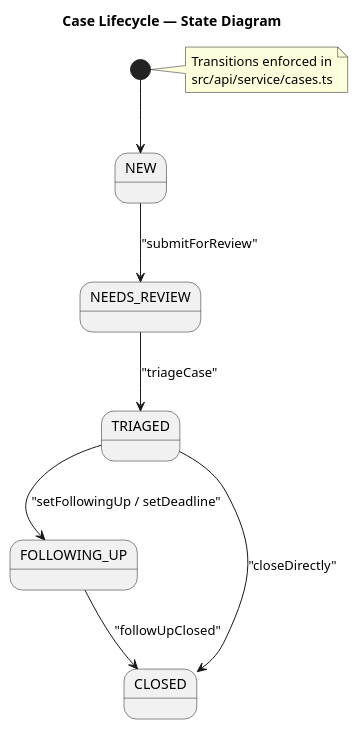
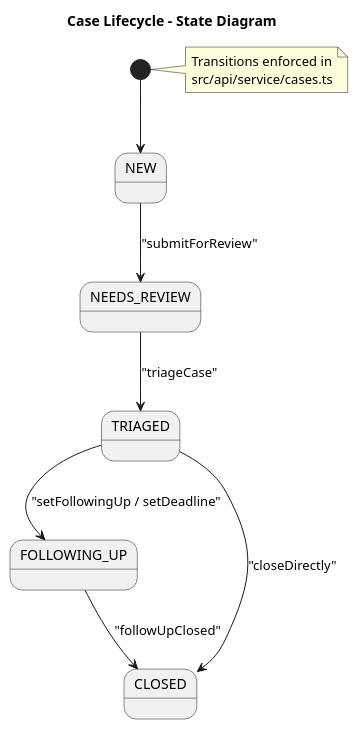
One commit to gforge/DUK changed the diagram in docs/diagrams/case-lifecycle.puml. Above: the diagram before and after it, drawn with PlantUML. The commit also changed 63 other files, not shown here.

```diff
--- a/docs/diagrams/case-lifecycle.puml
+++ b/docs/diagrams/case-lifecycle.puml
@@ -1,22 +1,27 @@
 @startuml
-title Case Lifecycle — State Diagram
+' Purpose: Case lifecycle states and transitions
+' Source of truth:
+'   src/api/schemas/enums.ts
+'   src/api/service/cases.ts
+
+title Case Lifecycle - State Diagram
 
 state NEW
 state NEEDS_REVIEW
 state TRIAGED
 state FOLLOWING_UP
 state CLOSED
 
 [*] --> NEW
 NEW --> NEEDS_REVIEW : "submitForReview"
 NEEDS_REVIEW --> TRIAGED : "triageCase"
 TRIAGED --> FOLLOWING_UP : "setFollowingUp / setDeadline"
 TRIAGED --> CLOSED : "closeDirectly"
 FOLLOWING_UP --> CLOSED : "followUpClosed"
 
 note right
   Transitions enforced in
   src/api/service/cases.ts
 end note
 
 @enduml
```
